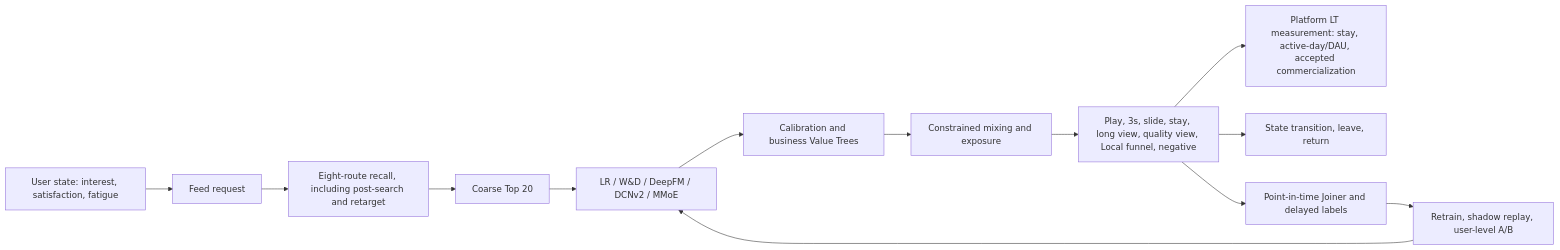
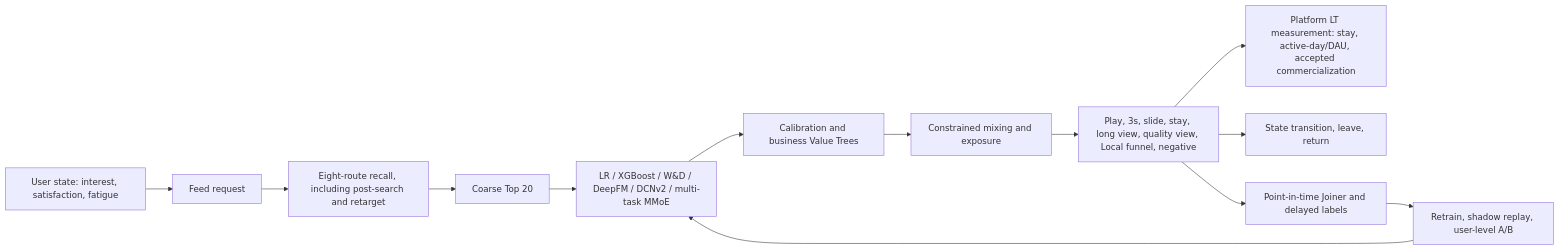
Before and after one commit to kleon1024/recsys-fid-system: the first of 4 diagrams in README.md, drawn with Mermaid. The commit also changed other lines of this file and 45 other files, not shown here.

Commit message:
build V3 request-level multi-task feed simulation

````diff
--- a/README.md
+++ b/README.md
@@ -131,15 +131,15 @@
 ```mermaid
 flowchart LR
     U["User state: interest, satisfaction, fatigue"] --> Q["Feed request"]
     Q --> R["Eight-route recall, including post-search and retarget"]
     R --> C["Coarse Top 20"]
-    C --> F["LR / W&D / DeepFM / DCNv2 / MMoE"]
+    C --> F["LR / XGBoost / W&D / DeepFM / DCNv2 / multi-task MMoE"]
     F --> V["Calibration and business Value Trees"]
     V --> E["Constrained mixing and exposure"]
     E --> A["Play, 3s, slide, stay, long view, quality view, Local funnel, negative"]
     A --> LT["Platform LT measurement: stay, active-day/DAU, accepted commercialization"]
     A --> S["State transition, leave, return"]
     A --> J["Point-in-time Joiner and delayed labels"]
     J --> T["Retrain, shadow replay, user-level A/B"]
     T --> F
 ```
````
